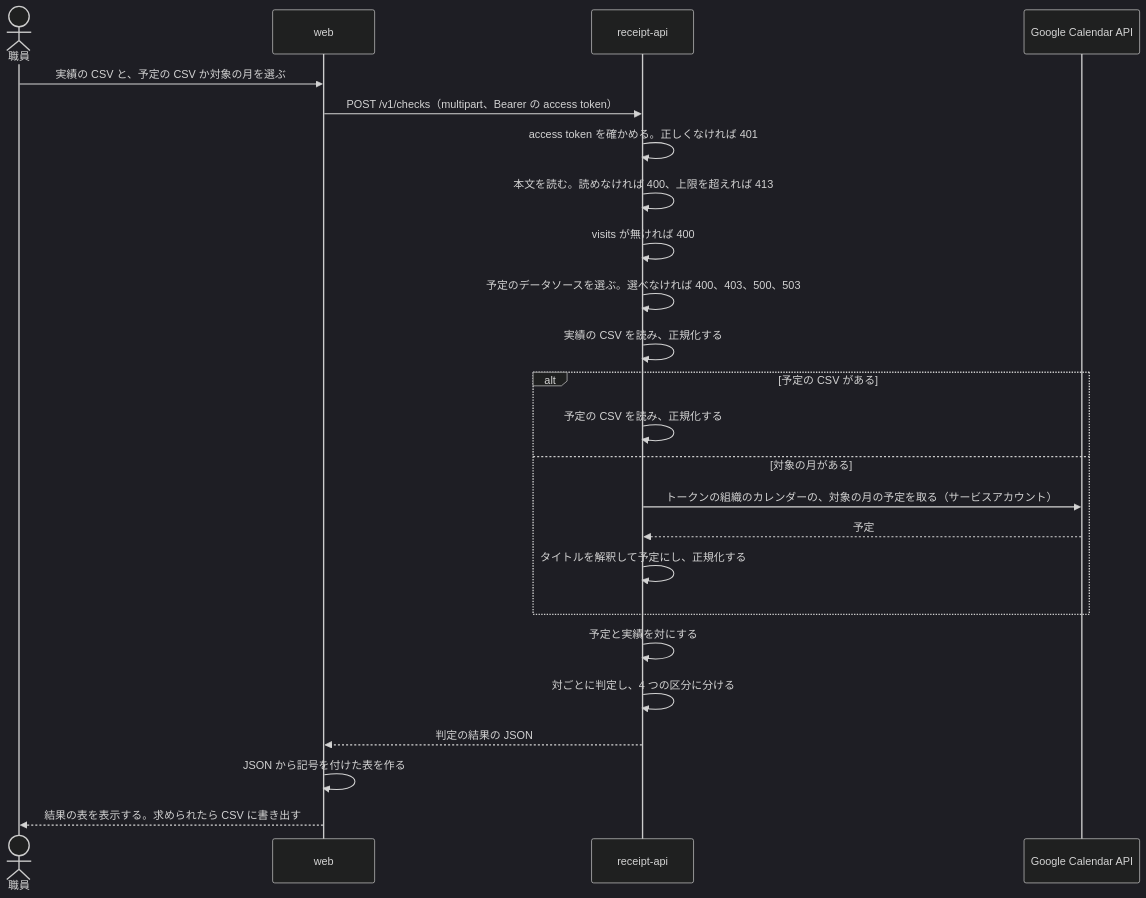
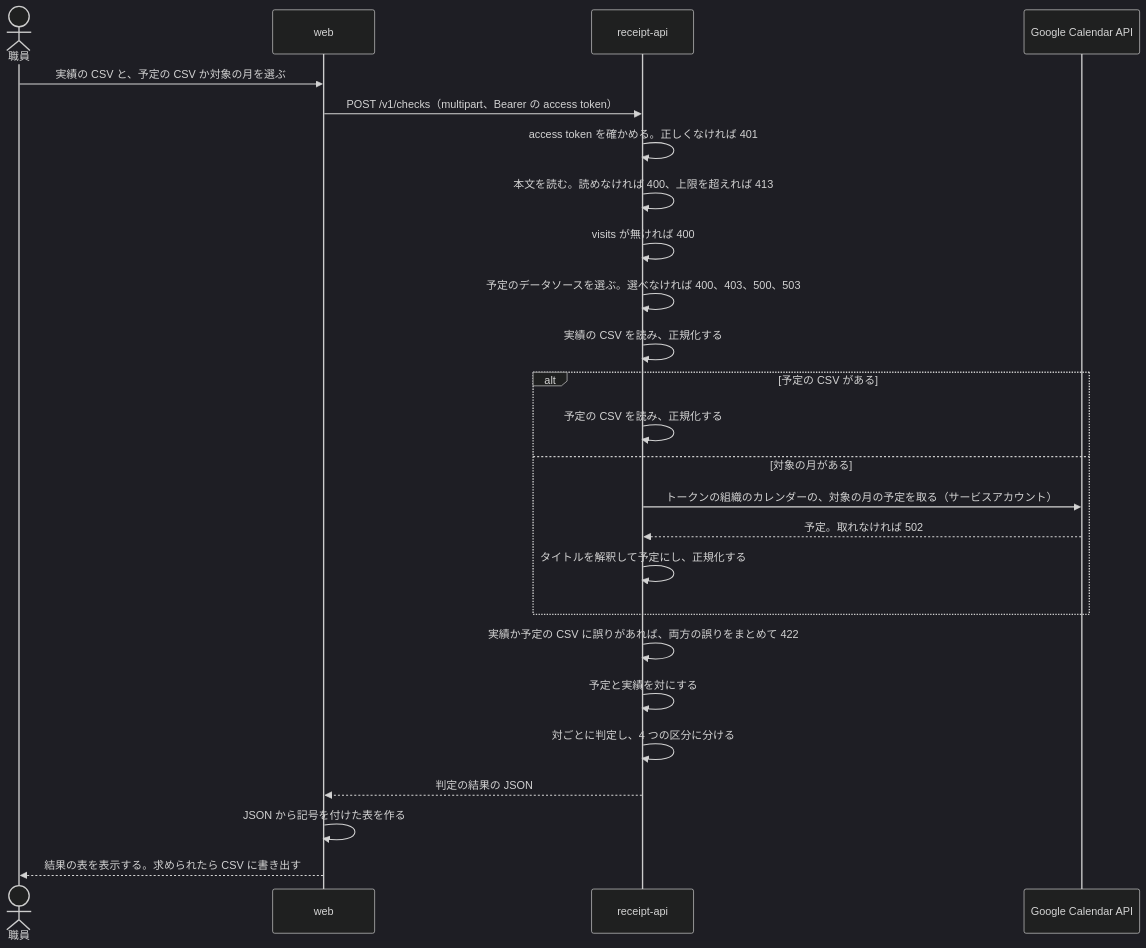
Before and after one commit to Fukuemon/buddy: the diagram in services/receipt/DesignDoc.md, drawn with Mermaid (dark theme). The commit also changed other lines of this file, not shown here.

````diff
--- a/services/receipt/DesignDoc.md
+++ b/services/receipt/DesignDoc.md
@@ -61,27 +62,28 @@
 ```mermaid
 sequenceDiagram
   actor S as 職員
   participant W as web
   participant R as receipt-api
   participant G as Google Calendar API
 
   S->>W: 実績の CSV と、予定の CSV か対象の月を選ぶ
   W->>R: POST /v1/checks（multipart、Bearer の access token）
   R->>R: access token を確かめる。正しくなければ 401
   R->>R: 本文を読む。読めなければ 400、上限を超えれば 413
   R->>R: visits が無ければ 400
   R->>R: 予定のデータソースを選ぶ。選べなければ 400、403、500、503
   R->>R: 実績の CSV を読み、正規化する
   alt 予定の CSV がある
     R->>R: 予定の CSV を読み、正規化する
   else 対象の月がある
     R->>G: トークンの組織のカレンダーの、対象の月の予定を取る（サービスアカウント）
-    G-->>R: 予定
+    G-->>R: 予定。取れなければ 502
     R->>R: タイトルを解釈して予定にし、正規化する
   end
+  R->>R: 実績か予定の CSV に誤りがあれば、両方の誤りをまとめて 422
   R->>R: 予定と実績を対にする
   R->>R: 対ごとに判定し、4 つの区分に分ける
   R-->>W: 判定の結果の JSON
   W->>W: JSON から記号を付けた表を作る
   W-->>S: 結果の表を表示する。求められたら CSV に書き出す
 ```
````
